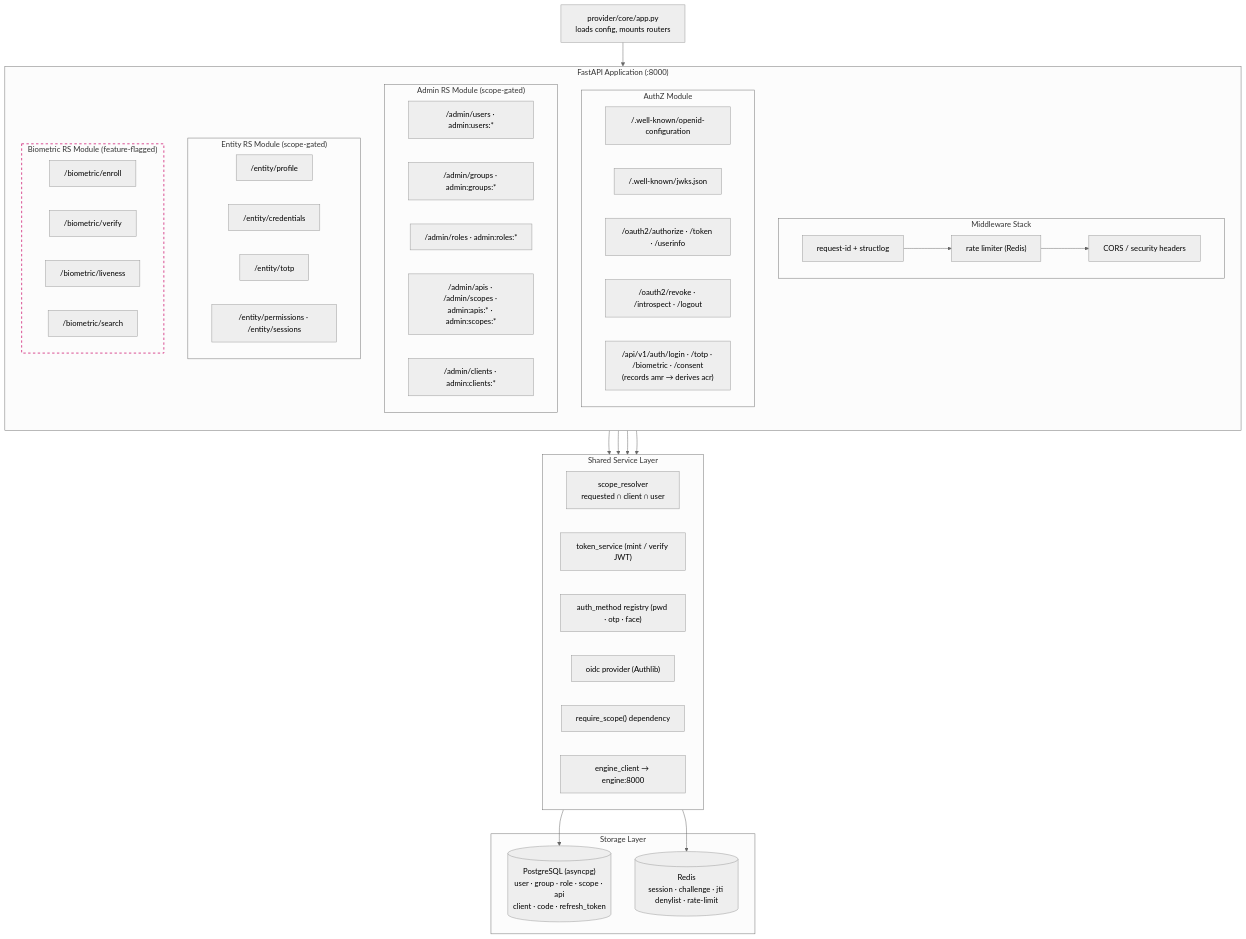
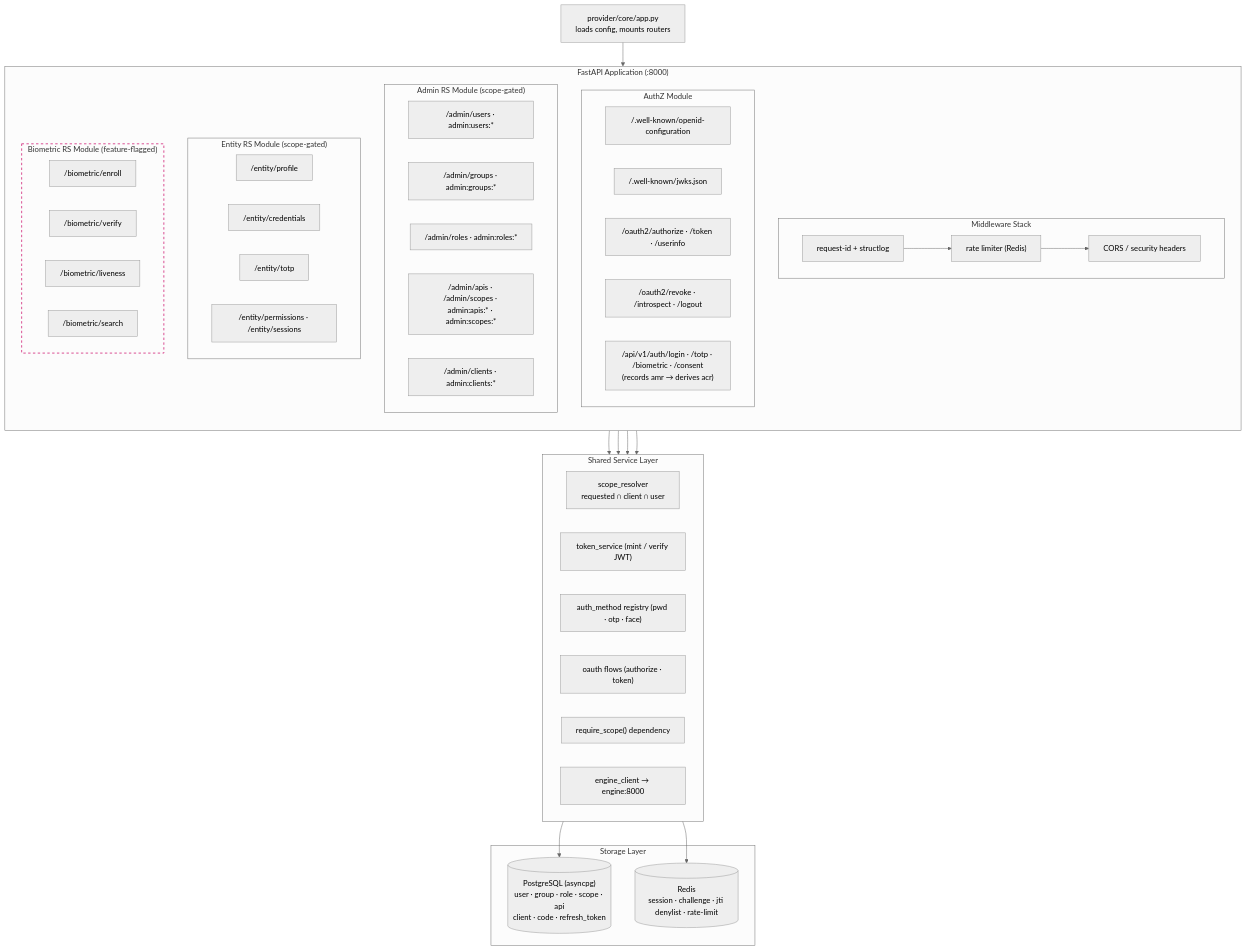
One commit to yephonekyaw/iden changed the fifth of 6 diagrams in README.md. Above: the diagram before and after it, drawn with Mermaid (neutral theme). The commit also changed other lines of this file and 2 other files, not shown here.

````diff
--- a/README.md
+++ b/README.md
@@ -414,66 +414,66 @@
 ```mermaid
 flowchart TB
   Entry["provider/core/app.py<br/>loads config, mounts routers"]
 
   subgraph App["FastAPI Application (:8000)"]
     direction TB
 
     subgraph Middleware["Middleware Stack"]
       MW1["request-id + structlog"] --> MW2["rate limiter (Redis)"] --> MW3["CORS / security headers"]
     end
 
     subgraph AuthZMod["AuthZ Module"]
       AZ1["/.well-known/openid-configuration"]
       AZ2["/.well-known/jwks.json"]
       AZ3["/oauth2/authorize · /token · /userinfo"]
       AZ4["/oauth2/revoke · /introspect · /logout"]
       AZ5["/api/v1/auth/login · /totp · /biometric · /consent<br/>(records amr → derives acr)"]
     end
 
     subgraph AdminMod["Admin RS Module (scope-gated)"]
       AD1["/admin/users · admin:users:*"]
       AD2["/admin/groups · admin:groups:*"]
       AD3["/admin/roles · admin:roles:*"]
       AD4["/admin/apis · /admin/scopes · admin:apis:* · admin:scopes:*"]
       AD5["/admin/clients · admin:clients:*"]
     end
 
     subgraph EntityMod["Entity RS Module (scope-gated)"]
       EN1["/entity/profile"]
       EN2["/entity/credentials"]
       EN3["/entity/totp"]
       EN4["/entity/permissions · /entity/sessions"]
     end
 
     subgraph BioMod["Biometric RS Module ⟮feature-flagged⟯"]
       BI1["/biometric/enroll"]
       BI2["/biometric/verify"]
       BI3["/biometric/liveness"]
       BI4["/biometric/search"]
     end
   end
 
   subgraph Shared["Shared Service Layer"]
     SV1["scope_resolver<br/>requested ∩ client ∩ user"]
     SV2["token_service (mint / verify JWT)"]
     SV3["auth_method registry (pwd · otp · face)"]
-    SV4["oidc provider (Authlib)"]
+    SV4["oauth flows (authorize · token)"]
     SV5["require_scope() dependency"]
     SV6["engine_client → engine:8000"]
   end
 
   subgraph Storage["Storage Layer"]
     PG[("PostgreSQL (asyncpg)<br/>user · group · role · scope · api<br/>client · code · refresh_token")]
     RD[("Redis<br/>session · challenge · jti denylist · rate-limit")]
   end
 
   Entry --> App
   AuthZMod --> Shared
   AdminMod --> Shared
   EntityMod --> Shared
   BioMod --> Shared
   Shared --> PG
   Shared --> RD
 
   style BioMod stroke:#d94a90,stroke-width:2px,stroke-dasharray: 5 5
 ```
````
